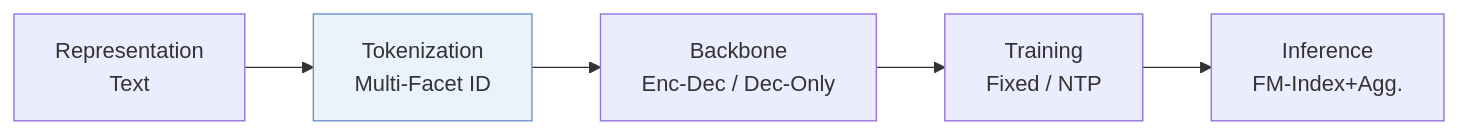
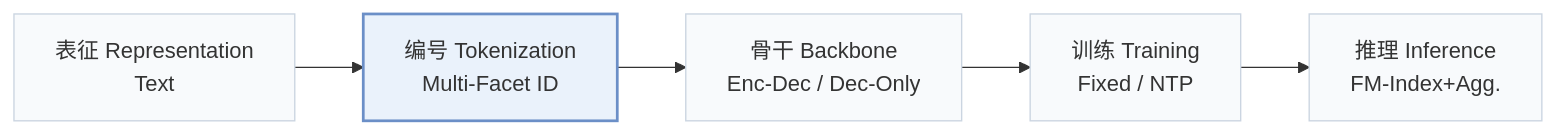
The first of 2 diagrams in pages/zh/papers/transrec.md (Galaxy-ghost/Awesome-SID-Generative-Rec), drawn with Mermaid before and after one commit. The commit also changed other lines of this file and 649 other files, not shown here.

Commit message:
writer-05: also tags and modality index (schema, check, build, visuals); summary field removed; calibration data for 12 papers

````diff
--- a/pages/zh/papers/transrec.md
+++ b/pages/zh/papers/transrec.md
@@ -13,6 +15,8 @@
 ```mermaid
 flowchart LR
-    R["Representation<br/>Text"] --> T["Tokenization<br/>Multi-Facet ID"] --> B["Backbone<br/>Enc-Dec / Dec-Only"] --> TR["Training<br/>Fixed / NTP"] --> I["Inference<br/>FM-Index+Agg."]
-    classDef main fill:#eaf2fb,stroke:#6b8fc7
+    R["表征 Representation<br/>Text"] --> T["编号 Tokenization<br/>Multi-Facet ID"] --> B["骨干 Backbone<br/>Enc-Dec / Dec-Only"] --> TR["训练 Training<br/>Fixed / NTP"] --> I["推理 Inference<br/>FM-Index+Agg."]
+    classDef base fill:#f8fafc,stroke:#cbd5e1
+    class R,T,B,TR,I base
+    classDef main fill:#eaf2fb,stroke:#6b8fc7,stroke-width:2px
     class T main
 ```
````
